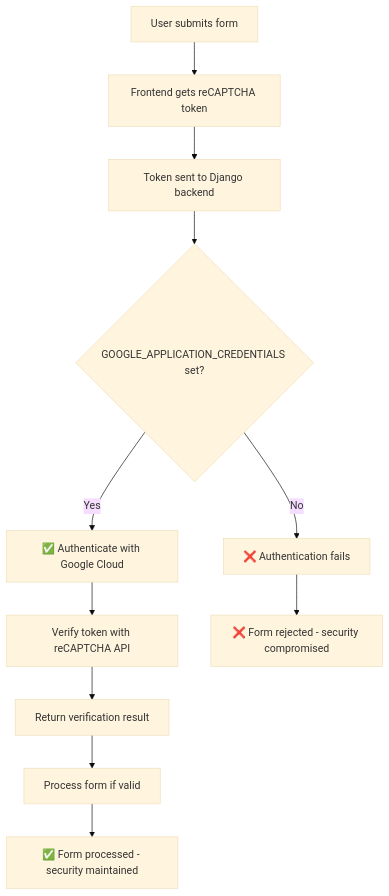
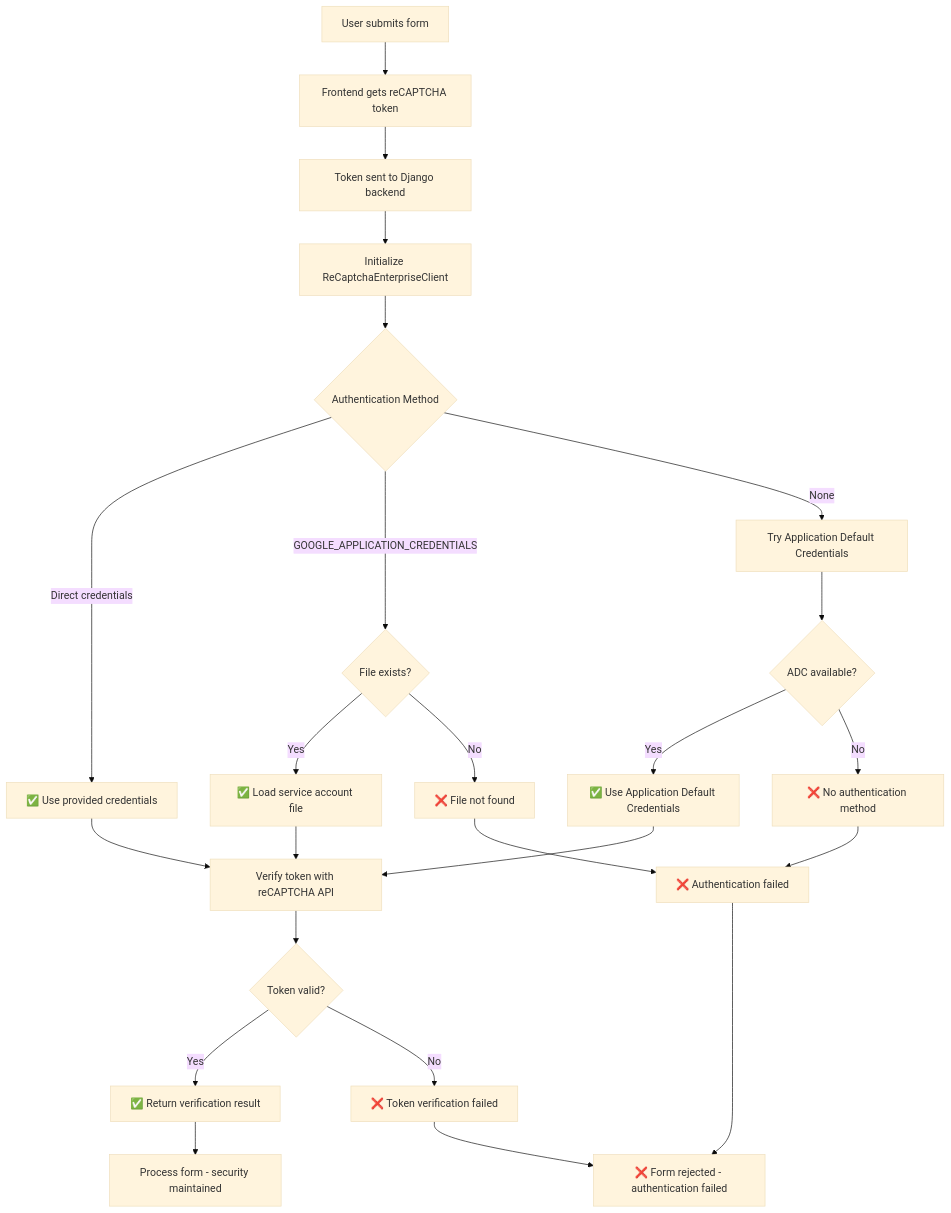
One commit to agusmakmun/drf-recaptcha-enterprise changed the diagram in README.md. Above: the diagram before and after it, drawn with Mermaid (base theme). The commit also changed other lines of this file and 4 other files, not shown here.

````diff
--- a/README.md
+++ b/README.md
@@ -27,14 +45,32 @@
 ```mermaid
 graph TD
     A[User submits form] --> B[Frontend gets reCAPTCHA token]
     B --> C[Token sent to Django backend]
-    C --> D{GOOGLE_APPLICATION_CREDENTIALS set?}
-    D -->|No| E[❌ Authentication fails]
-    D -->|Yes| F[✅ Authenticate with Google Cloud]
-    F --> G[Verify token with reCAPTCHA API]
-    G --> H[Return verification result]
-    H --> I[Process form if valid]
+    C --> D[Initialize ReCaptchaEnterpriseClient]
+    D --> E{Authentication Method}
     
-    E --> J[❌ Form rejected - security compromised]
-    I --> K[✅ Form processed - security maintained]
+    E -->|Direct credentials| F[✅ Use provided credentials]
+    E -->|GOOGLE_APPLICATION_CREDENTIALS| G{File exists?}
+    E -->|None| H[Try Application Default Credentials]
+    
+    G -->|Yes| I[✅ Load service account file]
+    G -->|No| J[❌ File not found]
+    
+    H --> K{ADC available?}
+    K -->|Yes| L[✅ Use Application Default Credentials]
+    K -->|No| M[❌ No authentication method]
+    
+    F --> N[Verify token with reCAPTCHA API]
+    I --> N
+    L --> N
+    J --> O[❌ Authentication failed]
+    M --> O
+    
+    N --> P{Token valid?}
+    P -->|Yes| Q[✅ Return verification result]
+    P -->|No| R[❌ Token verification failed]
+    
+    Q --> S[Process form - security maintained]
+    O --> T[❌ Form rejected - authentication failed]
+    R --> T
 ```
````
